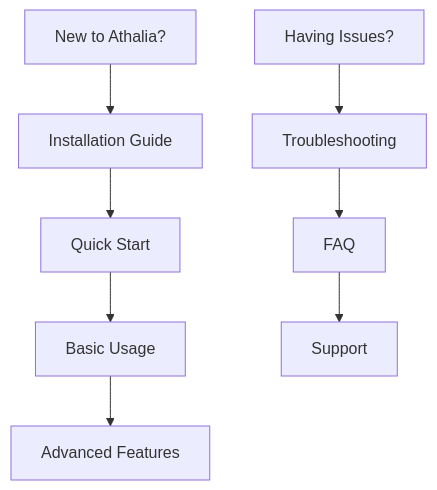
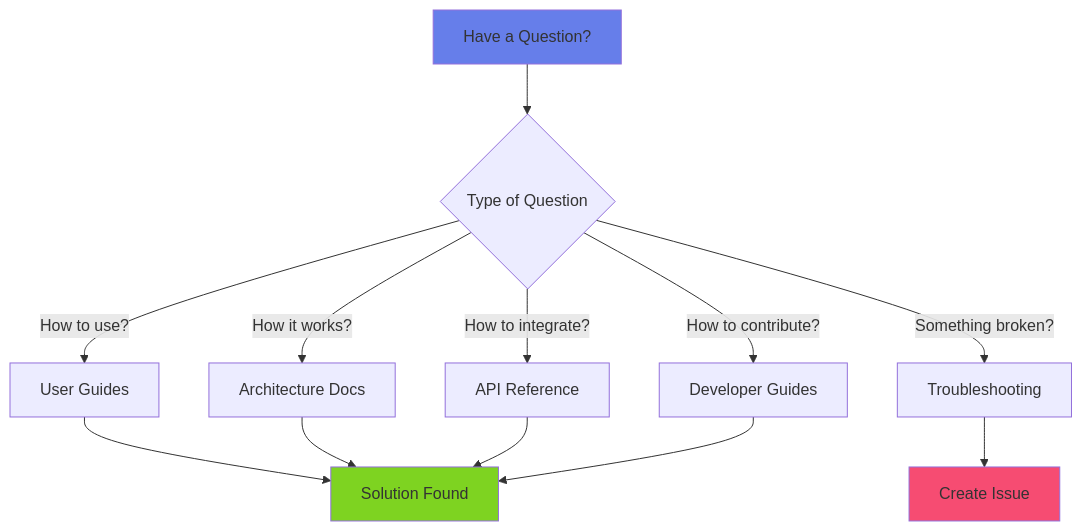
The fifth of 7 diagrams in docs/README.md (arkalia-luna-system/ia-pipeline), drawn with Mermaid before and after one commit. The commit also changed other lines of this file and 2 other files, not shown here.

````diff
--- a/docs/README.md
+++ b/docs/README.md
@@ -63,11 +203,20 @@
 ```mermaid
 flowchart TD
-    A[New to Athalia?] --> B[Installation Guide]
-    B --> C[Quick Start]
-    C --> D[Basic Usage]
-    D --> E[Advanced Features]
+    Q[Have a Question?] --> T{Type of Question}
     
-    F[Having Issues?] --> G[Troubleshooting]
-    G --> H[FAQ]
-    H --> I[Support]
+    T -->|How to use?| UG[User Guides]
+    T -->|How it works?| AR[Architecture Docs]
+    T -->|How to integrate?| API[API Reference]
+    T -->|How to contribute?| DEV[Developer Guides]
+    T -->|Something broken?| TS[Troubleshooting]
+    
+    UG --> SOL[Solution Found]
+    AR --> SOL
+    API --> SOL
+    DEV --> SOL
+    TS --> ISSUE[Create Issue]
+    
+    style Q fill:#667eea
+    style SOL fill:#7ed321
+    style ISSUE fill:#f64c72
 ```
````
